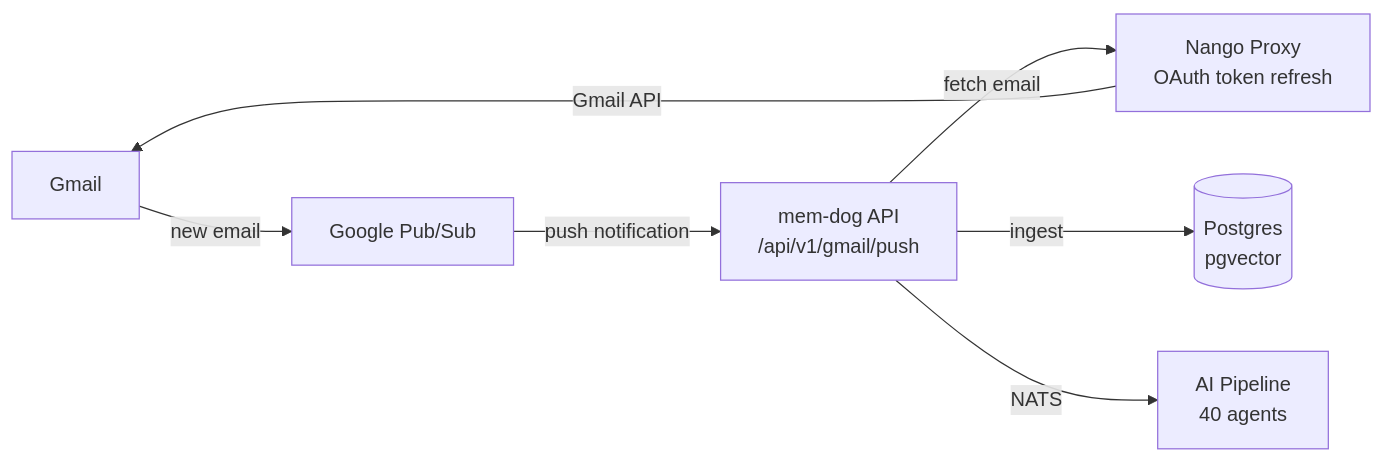
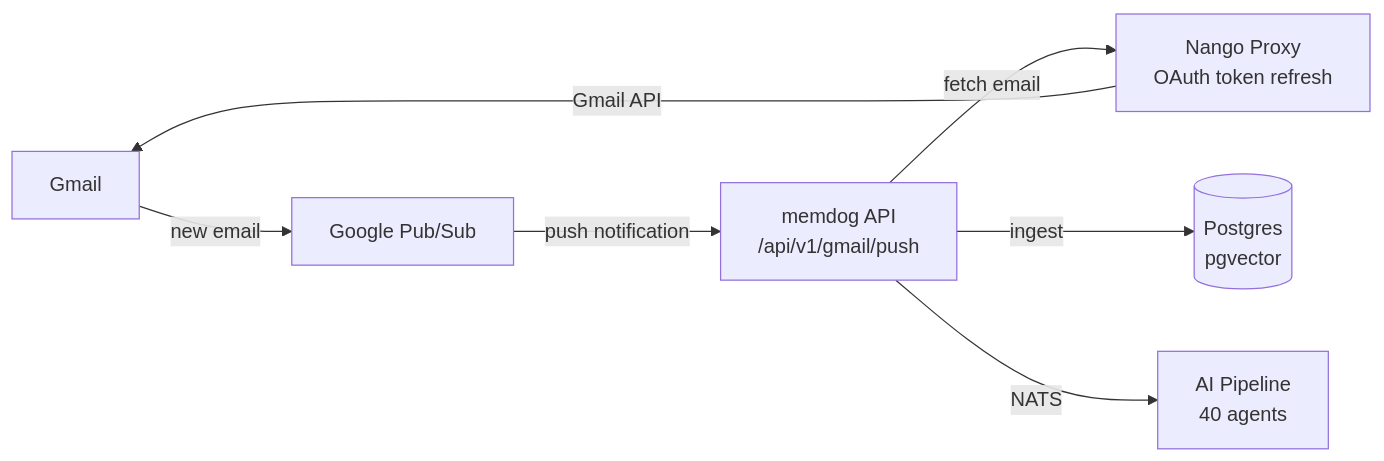
The diagram in docs/apps/gmail/setup.md (BuildGeekAI/mem-dog), drawn with Mermaid before and after one commit. The commit also changed other lines of this file and 412 other files, not shown here.

````diff
--- a/docs/apps/gmail/setup.md
+++ b/docs/apps/gmail/setup.md
@@ -7,9 +7,9 @@
 ```mermaid
 graph LR
     GMAIL[Gmail] -- "new email" --> PUBSUB[Google Pub/Sub]
-    PUBSUB -- "push notification" --> API[mem-dog API<br/>/api/v1/gmail/push]
+    PUBSUB -- "push notification" --> API[memdog API<br/>/api/v1/gmail/push]
     API -- "fetch email" --> NANGO[Nango Proxy<br/>OAuth token refresh]
     NANGO -- "Gmail API" --> GMAIL
     API -- "ingest" --> PG[(Postgres<br/>pgvector)]
     API -- "NATS" --> PIPE[AI Pipeline<br/>40 agents]
 ```
````
